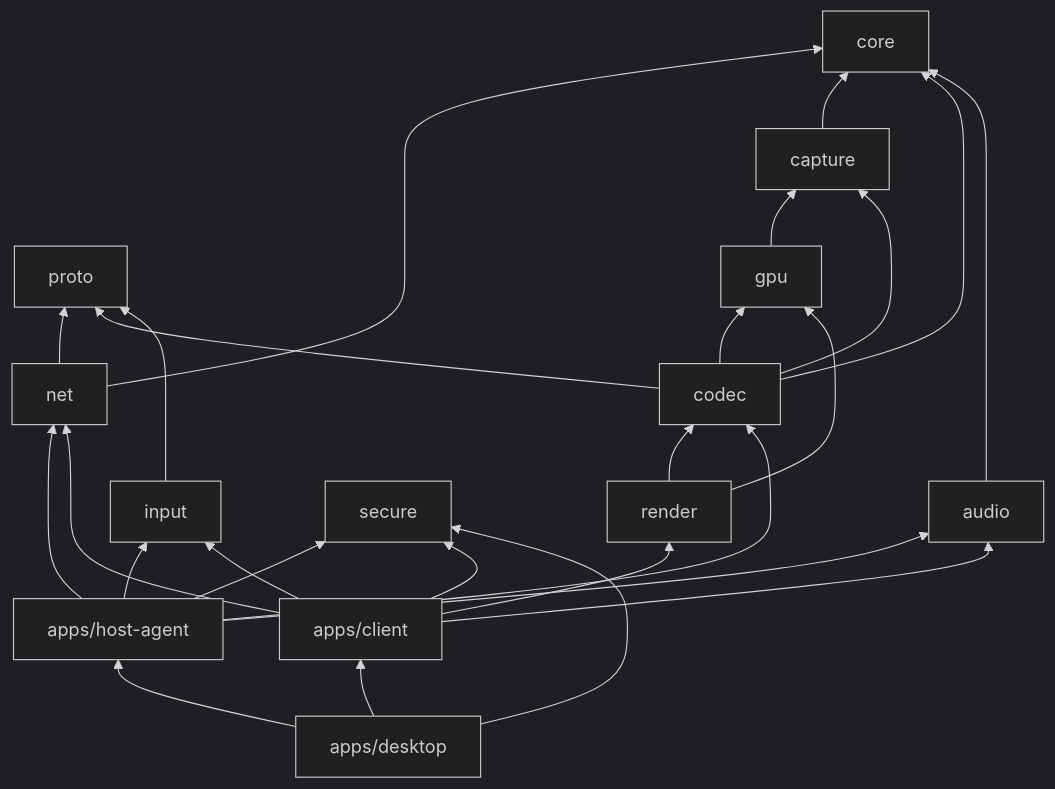
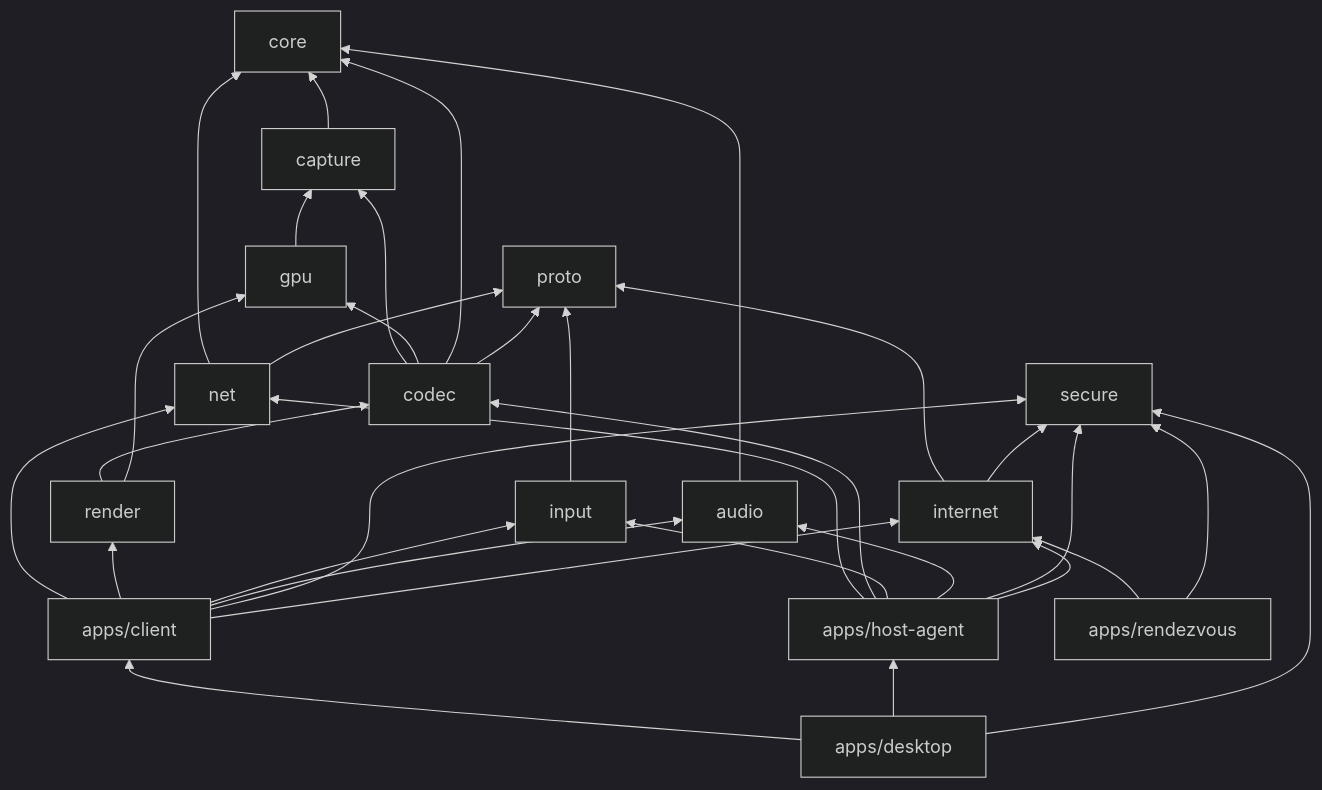
The diagram in docs/modules.md (firsttris/fernsicht), drawn with Mermaid (dark theme) before and after one commit. The commit also changed other lines of this file and 14 other files, not shown here.

````diff
--- a/docs/modules.md
+++ b/docs/modules.md
@@ -17,16 +17,18 @@
 ```mermaid
 flowchart BT
     core["core"]
     proto["proto"]
     net["net"] --> core & proto
     capture["capture"] --> core
     gpu["gpu"] --> capture
     codec["codec"] --> capture & gpu & core & proto
     render["render"] --> codec & gpu
     input["input"] --> proto
     audio["audio"] --> core
     secure["secure"]
-    host["apps/host-agent"] --> net & codec & input & audio & secure
-    client["apps/client"] --> net & render & input & audio & secure
+    internet["internet"] --> proto & secure
+    host["apps/host-agent"] --> net & codec & input & audio & secure & internet
+    client["apps/client"] --> net & render & input & audio & secure & internet
+    rendezvous["apps/rendezvous"] --> internet & secure
     desktop["apps/desktop"] --> client & host & secure
 ```
````
